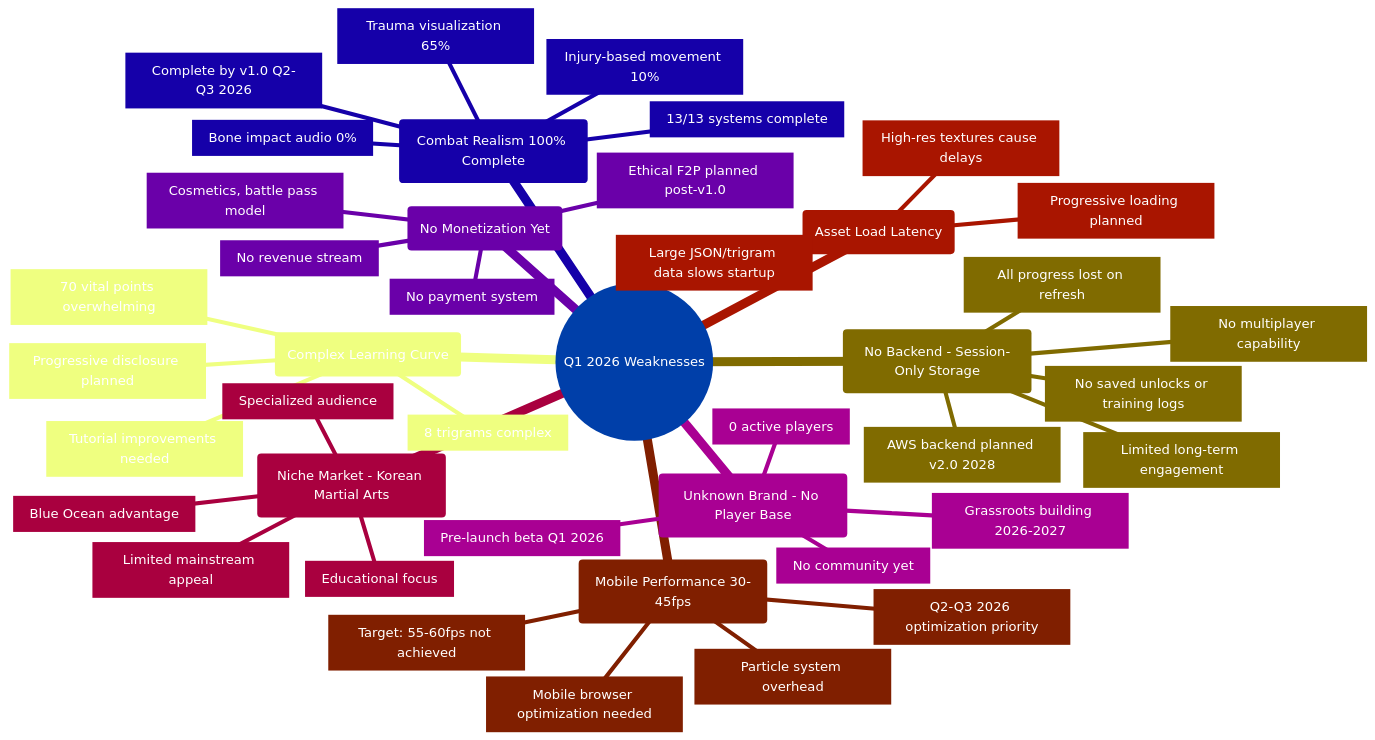
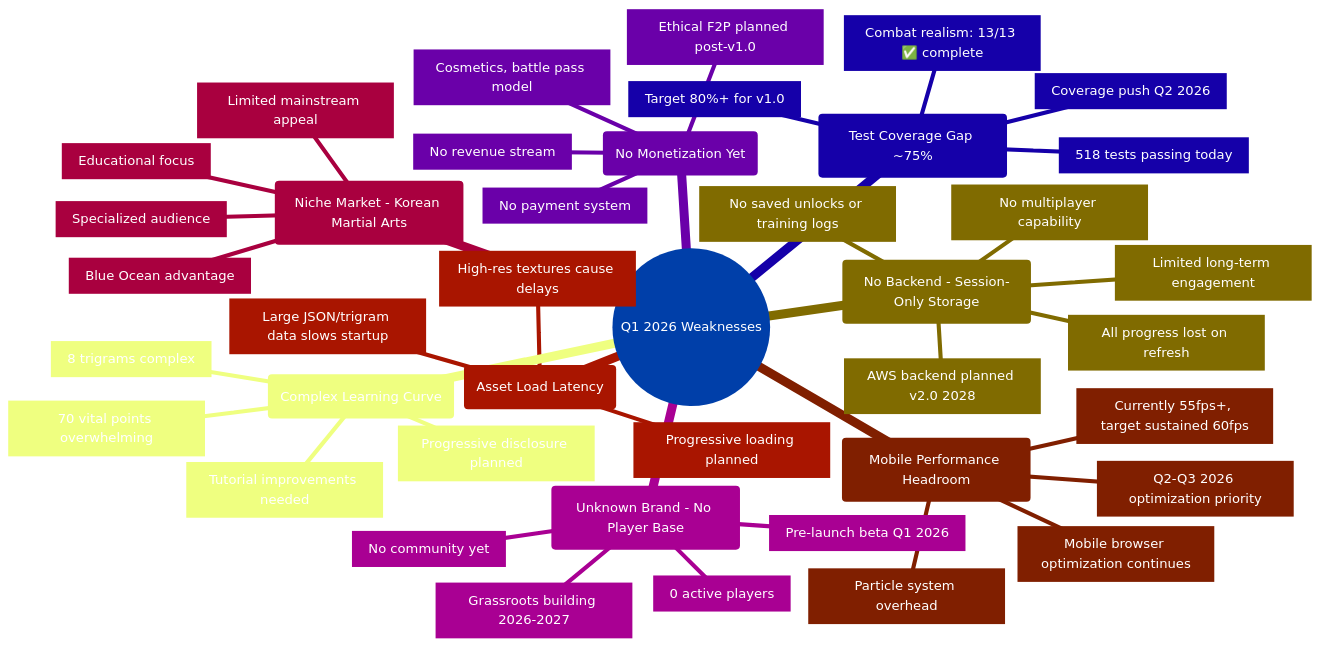
The fourth of 8 diagrams in SWOT.md (Hack23/blacktrigram), drawn with Mermaid before and after one commit. The commit also changed other lines of this file and 6 other files, not shown here.

First line of the commit message:
docs: address PR review feedback — internal consistency in ROADMAP/SWOT/SECURITY/README

````diff
--- a/SWOT.md
+++ b/SWOT.md
@@ -466,46 +466,45 @@
 ```mermaid
 %%{init: {'theme':'base', 'themeVariables': {'primaryColor':'#2979FF','primaryTextColor':'#fff','primaryBorderColor':'#0D47A1','lineColor':'#00C853','secondaryColor':'#FFD600','tertiaryColor':'#FF3D00'}}}%%
 mindmap
   root((Q1 2026 Weaknesses))
     id1(No Backend - Session-Only Storage)
       id1.1[All progress lost on refresh]
       id1.2[No saved unlocks or training logs]
       id1.3[No multiplayer capability]
       id1.4[Limited long-term engagement]
       id1.5[AWS backend planned v2.0 2028]
-    id2(Mobile Performance 30-45fps)
-      id2.1[Target: 55-60fps not achieved]
-      id2.2[Mobile browser optimization needed]
+    id2(Mobile Performance Headroom)
+      id2.1[Currently 55fps+, target sustained 60fps]
+      id2.2[Mobile browser optimization continues]
       id2.3[Particle system overhead]
       id2.4[Q2-Q3 2026 optimization priority]
-    id3(Combat Realism 100% Complete)
-      id3.1[13/13 systems complete]
-      id3.2[Injury-based movement 10%]
-      id3.3[Bone impact audio 0%]
-      id3.4[Trauma visualization 65%]
-      id3.5[Complete by v1.0 Q2-Q3 2026]
+    id3(Test Coverage Gap ~75%)
+      id3.1[Target 80%+ for v1.0]
+      id3.2[Coverage push Q2 2026]
+      id3.3[Combat realism: 13/13 ✅ complete]
+      id3.4[518 tests passing today]
     id4(No Monetization Yet)
       id4.1[No payment system]
       id4.2[No revenue stream]
       id4.3[Ethical F2P planned post-v1.0]
       id4.4[Cosmetics, battle pass model]
     id5(Unknown Brand - No Player Base)
       id5.1[Pre-launch beta Q1 2026]
       id5.2[0 active players]
       id5.3[No community yet]
       id5.4[Grassroots building 2026-2027]
     id6(Niche Market - Korean Martial Arts)
       id6.1[Specialized audience]
       id6.2[Limited mainstream appeal]
       id6.3[Educational focus]
       id6.4[Blue Ocean advantage]
     id7(Asset Load Latency)
       id7.1[Large JSON/trigram data slows startup]
       id7.2[High-res textures cause delays]
       id7.3[Progressive loading planned]
     id8(Complex Learning Curve)
       id8.1[70 vital points overwhelming]
       id8.2[8 trigrams complex]
       id8.3[Tutorial improvements needed]
       id8.4[Progressive disclosure planned]
 ```
````
